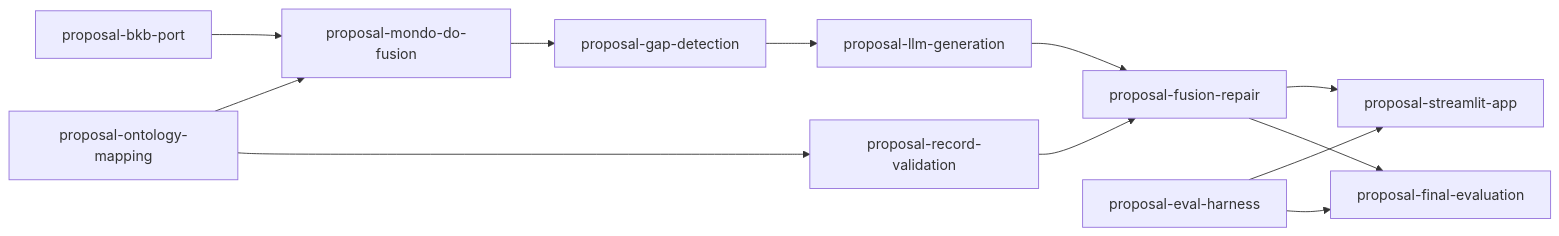
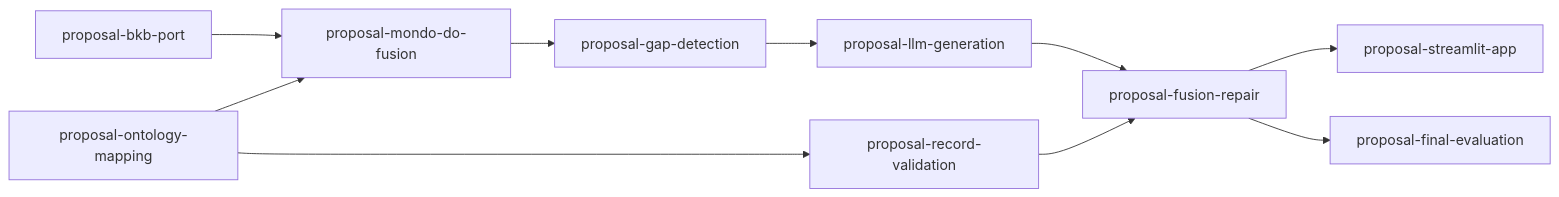
The diagram in tasks/proposal-index.md (joe-dartmouth/synthetic), drawn with Mermaid before and after one commit. The commit also changed other lines of this file and 44 other files, not shown here.

First line of the commit message:
Add the evaluation harness (proposal-eval-harness) (#6)

````diff
--- a/tasks/proposal-index.md
+++ b/tasks/proposal-index.md
@@ -23,14 +23,12 @@
 ```mermaid
 flowchart LR
     bkb_port[proposal-bkb-port] --> mondo_do_fusion[proposal-mondo-do-fusion]
     ontology_mapping[proposal-ontology-mapping] --> mondo_do_fusion[proposal-mondo-do-fusion]
     mondo_do_fusion[proposal-mondo-do-fusion] --> gap_detection[proposal-gap-detection]
     gap_detection[proposal-gap-detection] --> llm_generation[proposal-llm-generation]
     ontology_mapping[proposal-ontology-mapping] --> record_validation[proposal-record-validation]
     llm_generation[proposal-llm-generation] --> fusion_repair[proposal-fusion-repair]
     record_validation[proposal-record-validation] --> fusion_repair[proposal-fusion-repair]
     fusion_repair[proposal-fusion-repair] --> streamlit_app[proposal-streamlit-app]
-    eval_harness[proposal-eval-harness] --> streamlit_app[proposal-streamlit-app]
-    eval_harness[proposal-eval-harness] --> final_evaluation[proposal-final-evaluation]
     fusion_repair[proposal-fusion-repair] --> final_evaluation[proposal-final-evaluation]
 ```
````
